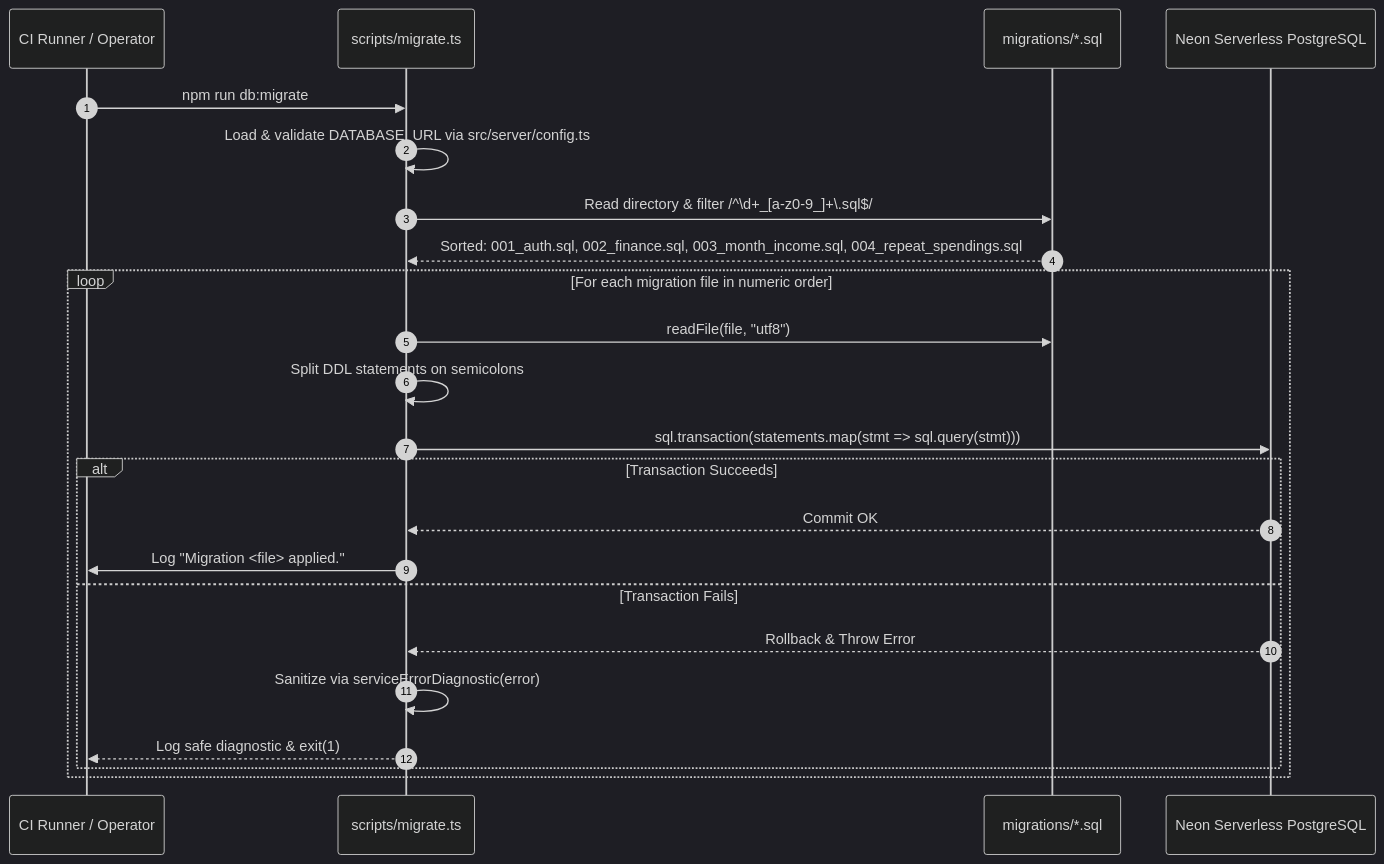
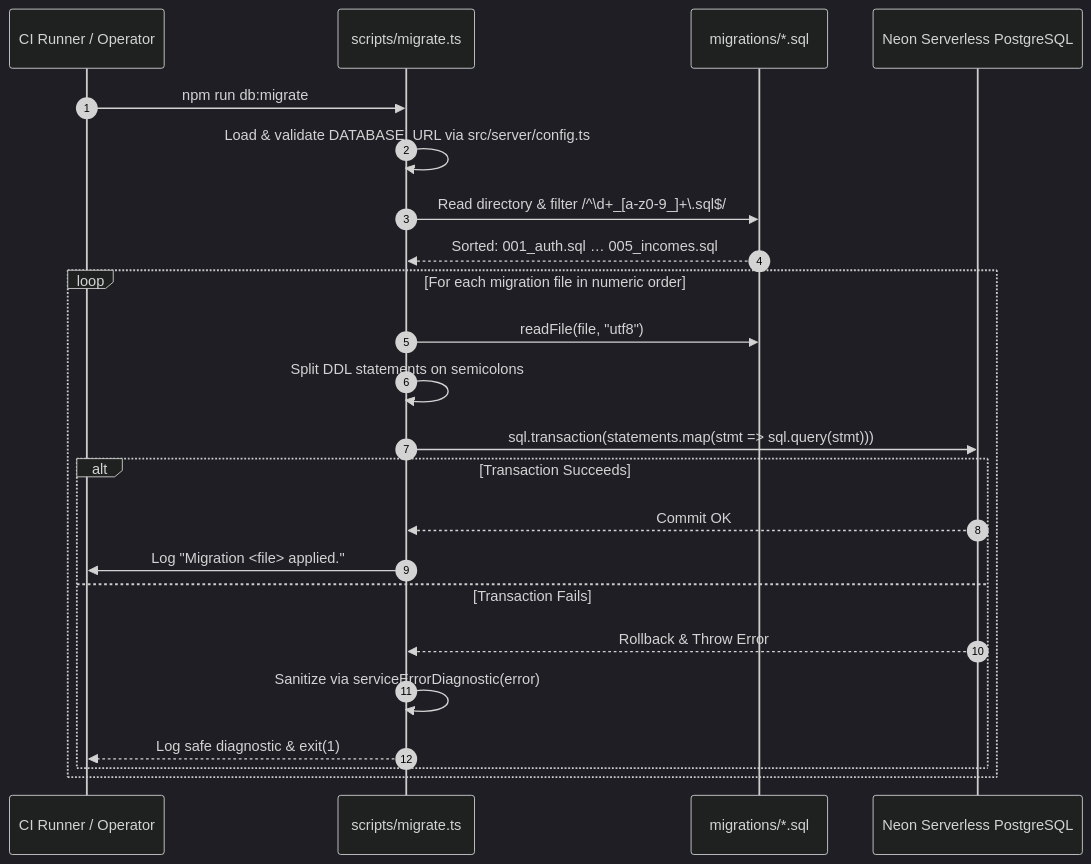
The third of 4 diagrams in docs/03-cicd-architecture.md (nnminh-sam/my_finance), drawn with Mermaid (dark theme) before and after one commit. The commit also changed other lines of this file and 51 other files, not shown here.

````diff
--- a/docs/03-cicd-architecture.md
+++ b/docs/03-cicd-architecture.md
@@ -113,27 +113,27 @@
 ```mermaid
 sequenceDiagram
     autonumber
     participant CI as CI Runner / Operator
     participant Script as scripts/migrate.ts
     participant FS as migrations/*.sql
     participant Neon as Neon Serverless PostgreSQL
 
     CI->>Script: npm run db:migrate
     Script->>Script: Load & validate DATABASE_URL via src/server/config.ts
     Script->>FS: Read directory & filter /^\d+_[a-z0-9_]+\.sql$/
-    FS-->>Script: Sorted: 001_auth.sql, 002_finance.sql, 003_month_income.sql, 004_repeat_spendings.sql
+    FS-->>Script: Sorted: 001_auth.sql … 005_incomes.sql
 
     loop For each migration file in numeric order
         Script->>FS: readFile(file, "utf8")
         Script->>Script: Split DDL statements on semicolons
         Script->>Neon: sql.transaction(statements.map(stmt => sql.query(stmt)))
         alt Transaction Succeeds
             Neon-->>Script: Commit OK
             Script->>CI: Log "Migration #lt;file#gt; applied."
         else Transaction Fails
             Neon-->>Script: Rollback & Throw Error
             Script->>Script: Sanitize via serviceErrorDiagnostic(error)
             Script-->>CI: Log safe diagnostic & exit(1)
         end
     end
 ```
````
